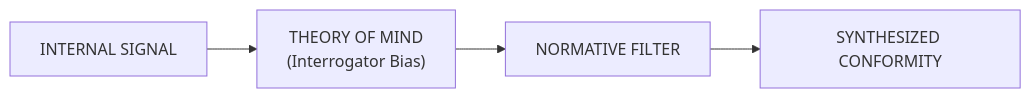
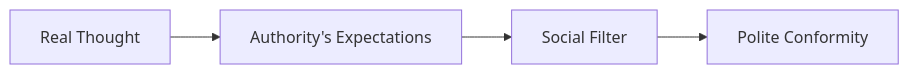
One commit to mynameisjpg/mynameisjpg changed the second of 5 diagrams in _posts/2026-09-25-turing-queer-ai.md. Above: the diagram before and after it, drawn with Mermaid. The commit also changed other lines of this file and 12 other files, not shown here.

````diff
--- a/_posts/2026-09-25-turing-queer-ai.md
+++ b/_posts/2026-09-25-turing-queer-ai.md
@@ -98,6 +101,6 @@
 ```mermaid
 graph LR
-  A["INTERNAL SIGNAL"] --> B["THEORY OF MIND<br/>(Interrogator Bias)"]
-  B --> C["NORMATIVE FILTER"]
-  C --> D["SYNTHESIZED CONFORMITY"]
+  A["Real Thought"] --> B["Authority's Expectations"]
+  B --> C["Social Filter"]
+  C --> D["Polite Conformity"]
 ```
````
